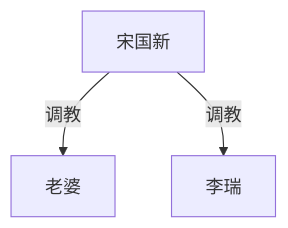
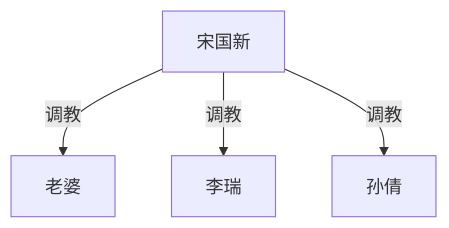
Before and after one commit to victor-w-ma/victor-w-ma.github.io: the diagram in _posts/ideas/cuckold-slave-continuation-plan.md, drawn with Mermaid. The commit also changed other lines of this file, not shown here.

First line of the commit message:
Add Song's wife and Sun Qian to the 情夫与绿奴 plan.

````diff
--- a/_posts/ideas/cuckold-slave-continuation-plan.md
+++ b/_posts/ideas/cuckold-slave-continuation-plan.md
@@ -23,8 +23,10 @@
 ```mermaid
 graph TD
  song["宋国新"]
  wife["老婆"]
  li["李瑞"]
+ sun["孙倩"]
  song -->|调教| wife
  song -->|调教| li
+ song -->|调教| sun
 ```
````
